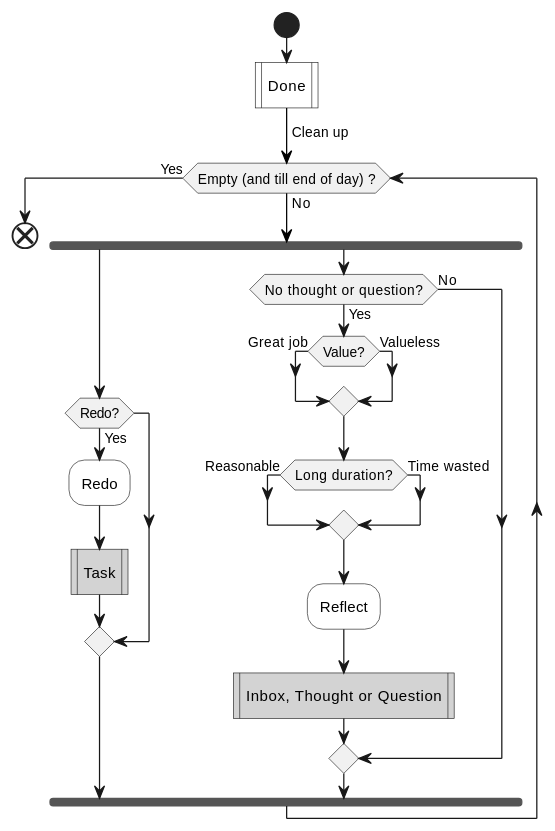
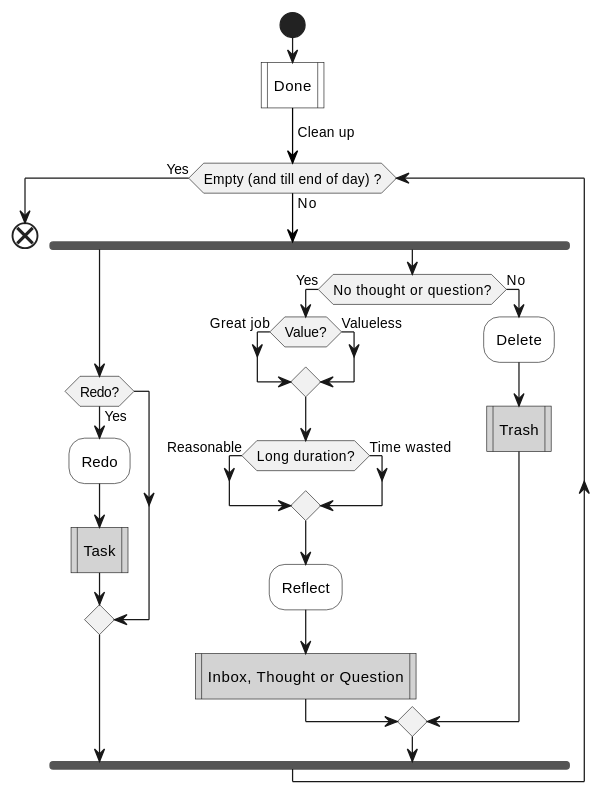
One commit to IceHe/icehe-lib changed the fourth of 4 diagrams in lifelogs/rehabilitation.md. Above: the diagram before and after it, drawn with PlantUML. The commit also changed other lines of this file, not shown here.

````diff
--- a/lifelogs/rehabilitation.md
+++ b/lifelogs/rehabilitation.md
@@ -358,28 +359,30 @@
 ```plantuml
 @startuml
 start
 #white:Done|
 -[#black]-> Clean up;
 while (Empty (and till end of day) ?) is (No)
     fork
         if (Redo?) then (Yes)
             #white:Redo;
             #lightGray:Task|
         endif
     fork again
         if (No thought or question?) then (Yes)
             if (Value?) then (Great job)
             else (Valueless)
             endif
             if (Long duration?) then (Reasonable)
             else (Time wasted)
             endif
             #white:Reflect;
             #lightGray:Inbox, Thought or Question|
         else (No)
+            #white:Delete;
+            #lightGray:Trash|
         endif
     end fork
 endwhile (Yes)
 end
 @enduml
 ```
````
